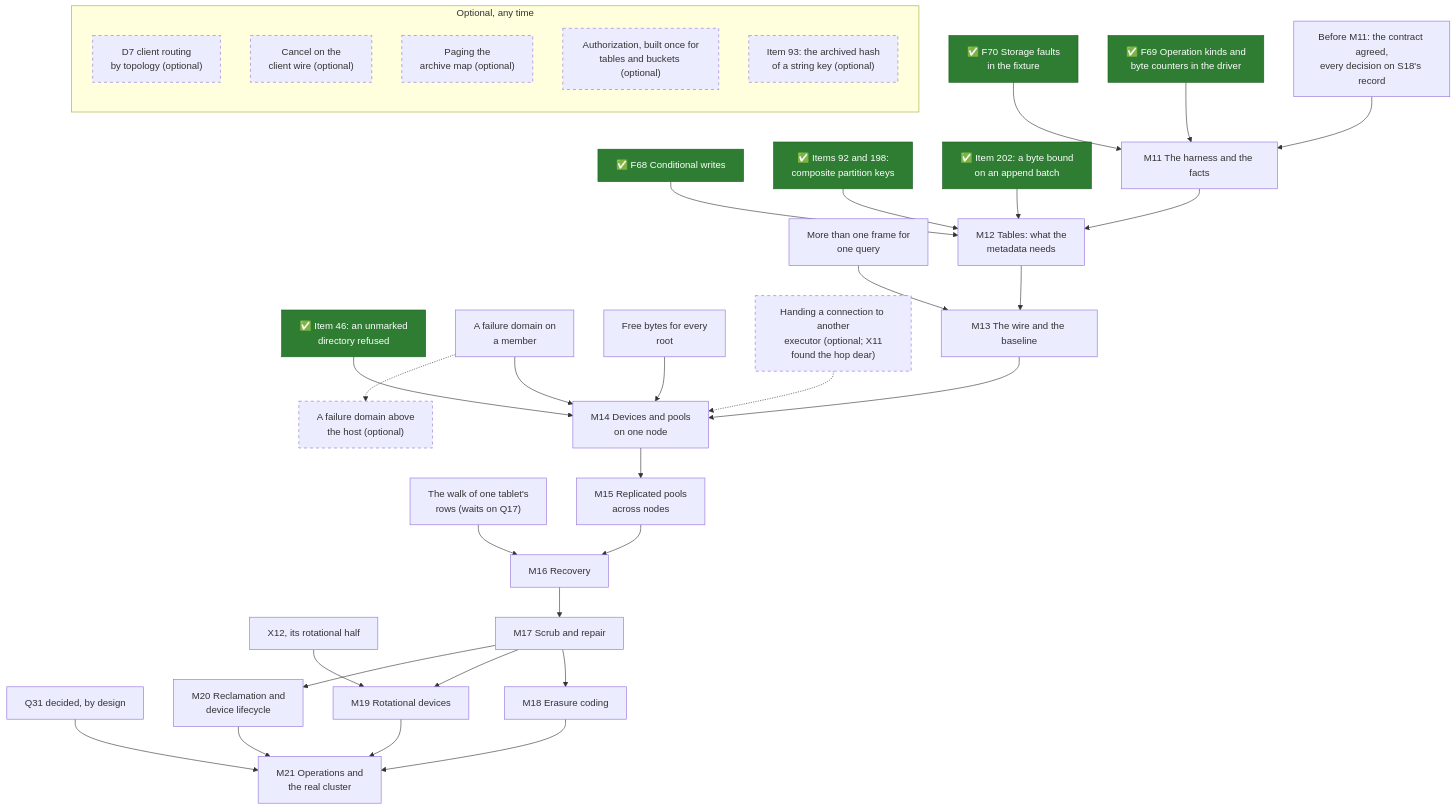
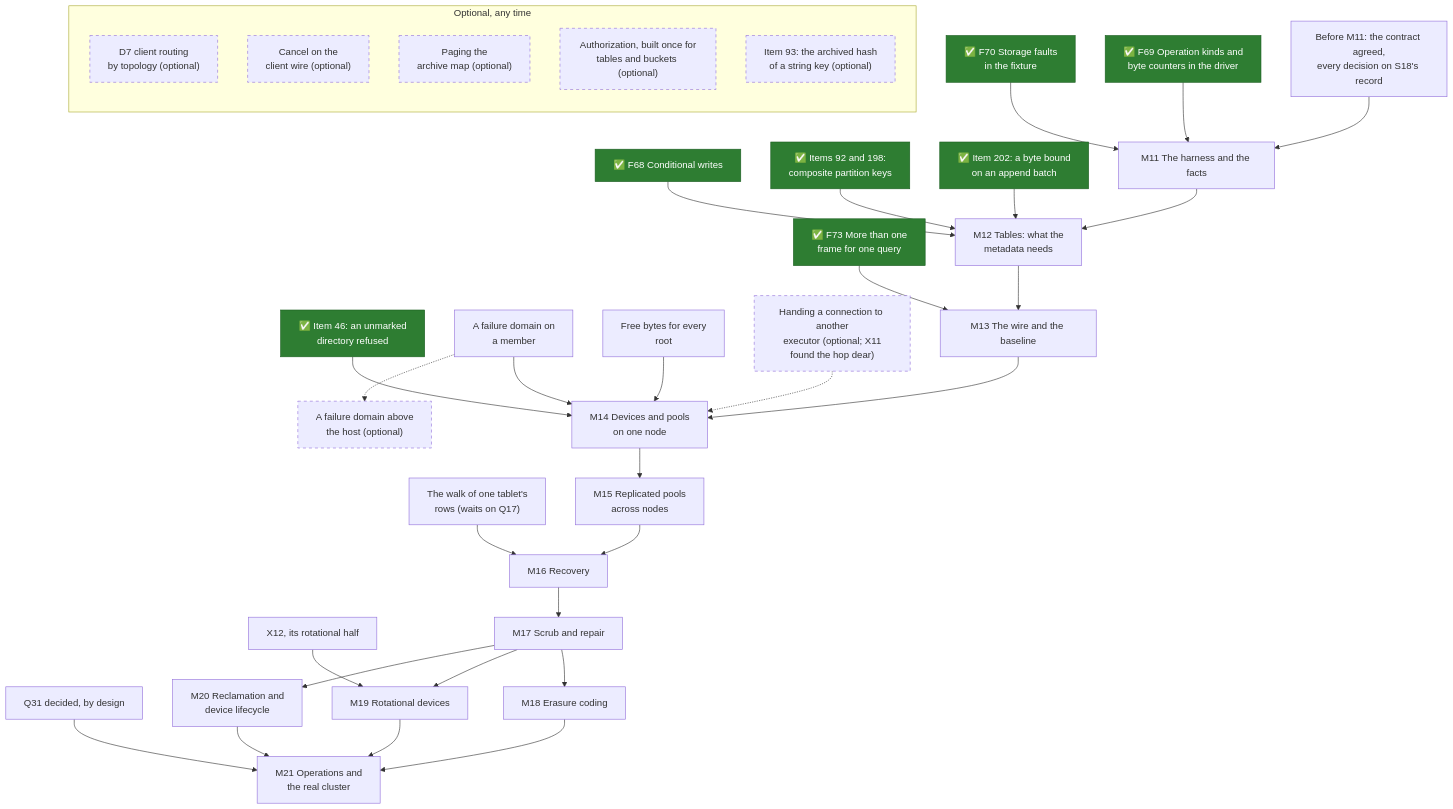
Before and after one commit to mjcarson/shoal: the second of 2 diagrams in docs/src/object-storage/whats-left-todo.md, drawn with Mermaid. The commit also changed other lines of this file and 43 other files, not shown here.

````diff
--- a/docs/src/object-storage/whats-left-todo.md
+++ b/docs/src/object-storage/whats-left-todo.md
@@ -104,57 +104,57 @@
 ```mermaid
 flowchart TB
     classDef done fill:#2e7d32,stroke:#1b5e20,color:#ffffff
     classDef optional stroke-dasharray: 5 5
     Gate["Before M11: the contract agreed,<br>every decision on S18's record"]
     F69["✅ F69 Operation kinds and<br>byte counters in the driver"]:::done
     F70["✅ F70 Storage faults<br>in the fixture"]:::done
     F68["✅ F68 Conditional writes"]:::done
     I198["✅ Items 92 and 198:<br>composite partition keys"]:::done
     I202["✅ Item 202: a byte bound<br>on an append batch"]:::done
     I46["✅ Item 46: an unmarked<br>directory refused"]:::done
-    Frames["More than one frame for<br>one query"]
+    Frames["✅ F73 More than one<br>frame for one query"]:::done
     Domain["A failure domain on<br>a member"]
     Free["Free bytes for every<br>root"]
     Walk["The walk of one tablet's<br>rows (waits on Q17)"]
     Handoff["Handing a connection to another<br>executor (optional; X11<br>found the hop dear)"]:::optional
     Rack["A failure domain above<br>the host (optional)"]:::optional
     X12r["X12, its rotational half"]
     Q31["Q31 decided, by design"]
     M11["M11 The harness and the facts"]
     M12["M12 Tables: what the<br>metadata needs"]
     M13["M13 The wire and the baseline"]
     M14["M14 Devices and pools<br>on one node"]
     M15["M15 Replicated pools<br>across nodes"]
     M16["M16 Recovery"]
     M17["M17 Scrub and repair"]
     M18["M18 Erasure coding"]
     M19["M19 Rotational devices"]
     M20["M20 Reclamation and<br>device lifecycle"]
     M21["M21 Operations and<br>the real cluster"]
     Gate --> M11 --> M12 --> M13 --> M14 --> M15 --> M16 --> M17
     M17 --> M18 --> M21
     M17 --> M19 --> M21
     M17 --> M20 --> M21
     F69 --> M11
     F70 --> M11
     F68 --> M12
     I198 --> M12
     I202 --> M12
     Frames --> M13
     I46 --> M14
     Domain --> M14
     Free --> M14
     Handoff -.-> M14
     Domain -.-> Rack
     Walk --> M16
     X12r --> M19
     Q31 --> M21
     subgraph anytime["Optional, any time"]
         direction TB
         D7["D7 client routing<br>by topology (optional)"]:::optional
         Cancel["Cancel on the<br>client wire (optional)"]:::optional
         Paging["Paging the<br>archive map (optional)"]:::optional
         Authz["Authorization, built once for<br>tables and buckets (optional)"]:::optional
         I93["Item 93: the archived hash<br>of a string key (optional)"]:::optional
     end
 ```
````
